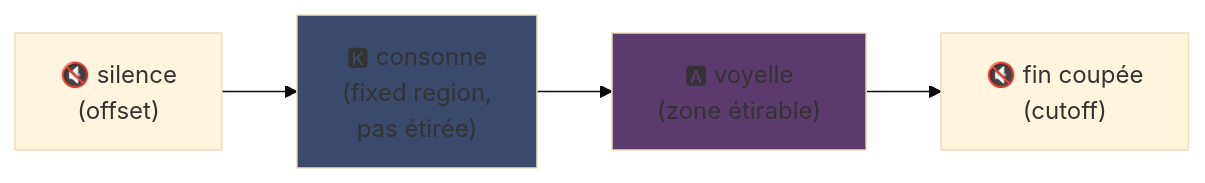
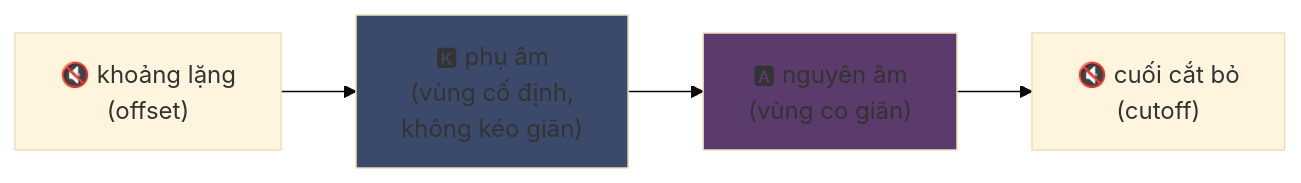
One commit to fox3000foxy/fox3000foxy.github.io changed the first of 2 diagrams in public/articles/vi/utau.md. Above: the diagram before and after it, drawn with Mermaid (base theme). The commit also changed other lines of this file and 576 other files, not shown here.

````diff
--- a/public/articles/vi/utau.md
+++ b/public/articles/vi/utau.md
@@ -81,8 +81,8 @@
 ```mermaid
 flowchart LR
-    A["🔇 silence<br/>(offset)"] --> B["🅺 consonne<br/>(fixed region,<br/>pas étirée)"]
-    B --> C["🅰 voyelle<br/>(zone étirable)"]
-    C --> D["🔇 fin coupée<br/>(cutoff)"]
+    A["🔇 khoảng lặng<br/>(offset)"] --> B["🅺 phụ âm<br/>(vùng cố định,<br/>không kéo giãn)"]
+    B --> C["🅰 nguyên âm<br/>(vùng co giãn)"]
+    C --> D["🔇 cuối cắt bỏ<br/>(cutoff)"]
     style B fill:#3b4a6b
     style C fill:#5b3b6b
 ```
````
